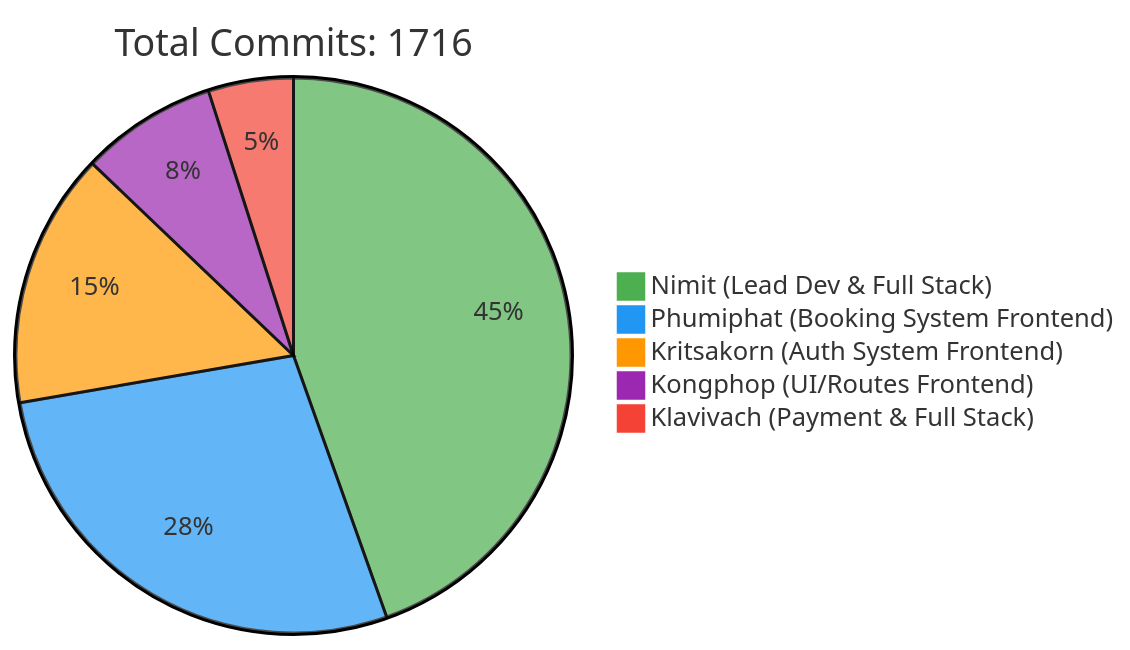
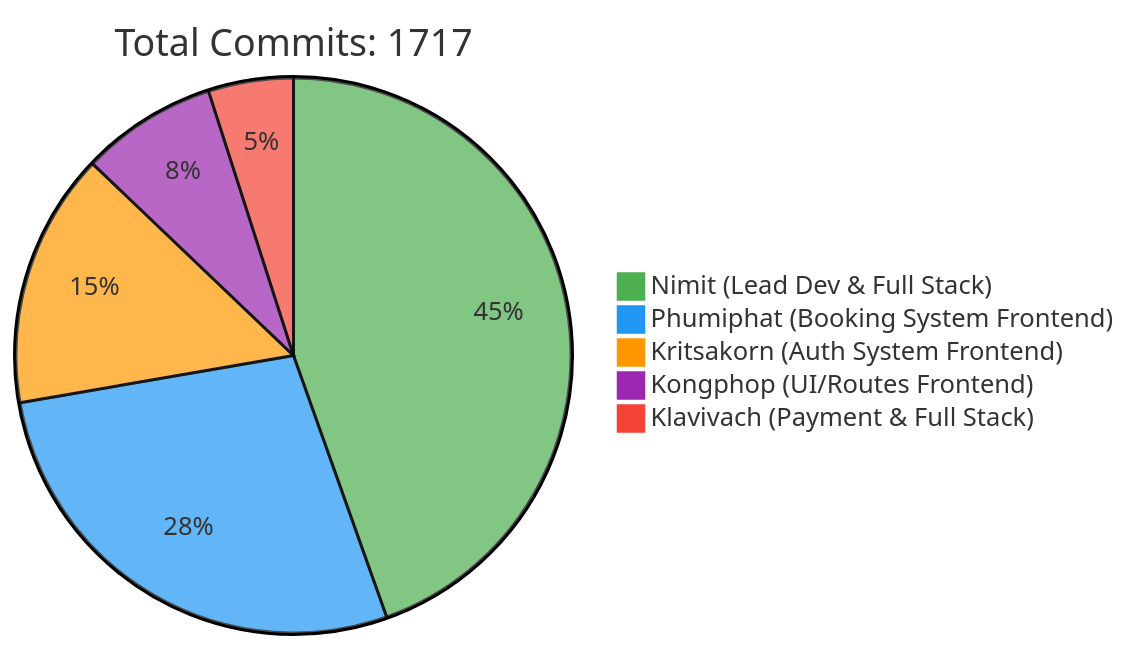
The first of 2 diagrams in README.md (6531503042/Sport-Complex), drawn with Mermaid before and after one commit. The commit also changed other lines of this file, not shown here.

Commit message:
docs: Update contributor statistics [skip ci]

````diff
--- a/README.md
+++ b/README.md
@@ -257,10 +257,10 @@
 ```mermaid
 %%{init: {'theme': 'base', 'themeVariables': { 'pie1': '#4CAF50', 'pie2': '#2196F3', 'pie3': '#FF9800', 'pie4': '#9C27B0', 'pie5': '#F44336'}}}%%
 pie
-    title Total Commits: 1716
+    title Total Commits: 1717
     "Nimit (Lead Dev & Full Stack)" : 450
     "Phumiphat (Booking System Frontend)" : 280
     "Kritsakorn (Auth System Frontend)" : 150
     "Kongphop (UI/Routes Frontend)" : 80
     "Klavivach (Payment & Full Stack)" : 50
 ```
````
